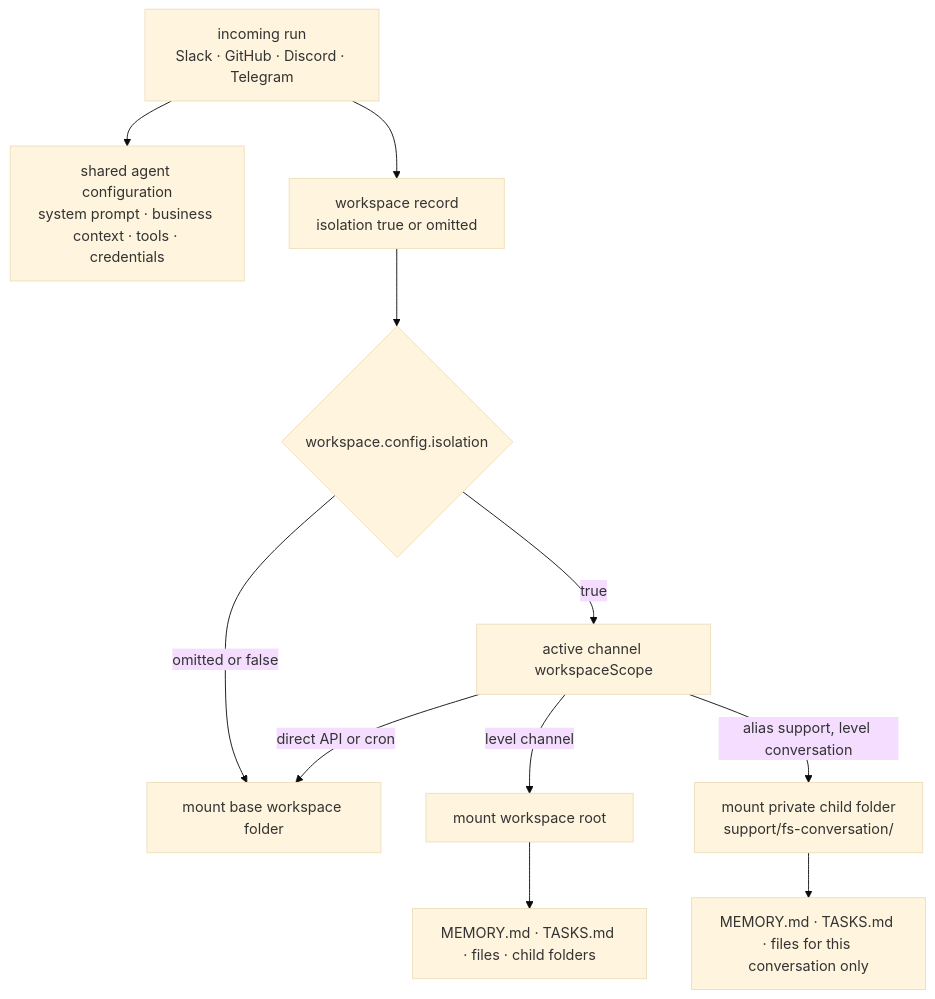
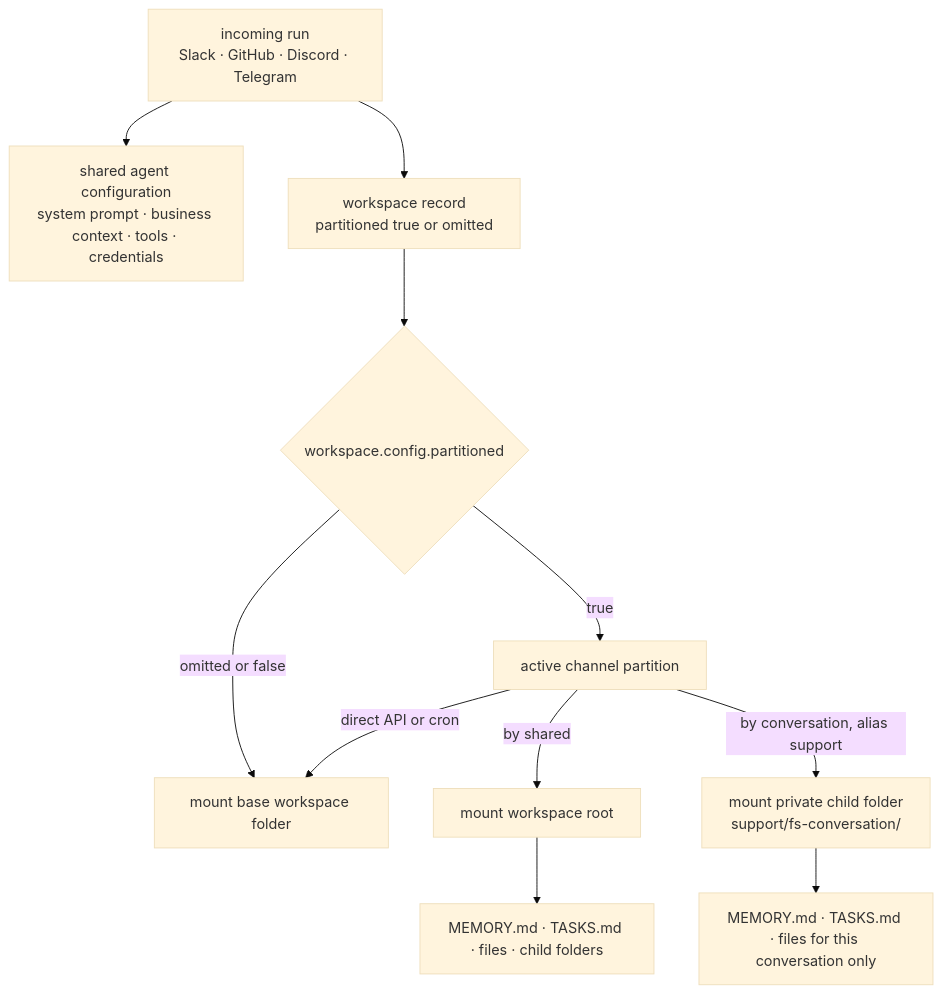
One commit to beeblastco/broods changed the third of 3 diagrams in apps/docs/docs/workspace/index.md. Above: the diagram before and after it, drawn with Mermaid (base theme). The commit also changed other lines of this file and 10 other files, not shown here.

````diff
--- a/apps/docs/docs/workspace/index.md
+++ b/apps/docs/docs/workspace/index.md
@@ -200,13 +200,13 @@
 ```mermaid
 flowchart TD
   Run["incoming run<br/>Slack · GitHub · Discord · Telegram"] --> Shared["shared agent configuration<br/>system prompt · business context · tools · credentials"]
-  Run --> Workspace["workspace record<br/>isolation true or omitted"]
-  Workspace --> Mode{"workspace.config.isolation"}
+  Run --> Workspace["workspace record<br/>partitioned true or omitted"]
+  Workspace --> Mode{"workspace.config.partitioned"}
   Mode -->|"omitted or false"| Root["mount base workspace folder"]
-  Mode -->|"true"| Scope["active channel workspaceScope"]
+  Mode -->|"true"| Scope["active channel partition"]
   Scope -->|"direct API or cron"| Root
-  Scope -->|"level channel"| Parent["mount workspace root"]
-  Scope -->|"alias support, level conversation"| Child["mount private child folder<br/>support/fs-conversation/"]
+  Scope -->|"by shared"| Parent["mount workspace root"]
+  Scope -->|"by conversation, alias support"| Child["mount private child folder<br/>support/fs-conversation/"]
   Parent --> Contents["MEMORY.md · TASKS.md · files · child folders"]
   Child --> Private["MEMORY.md · TASKS.md · files for this conversation only"]
 ```
````
